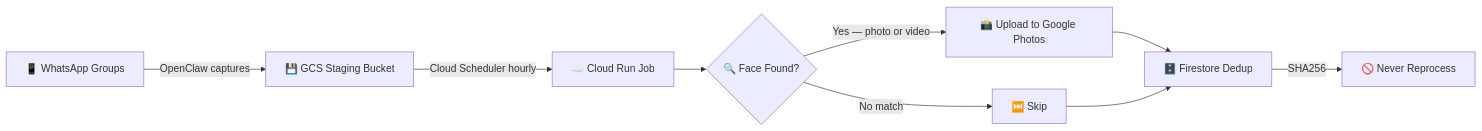
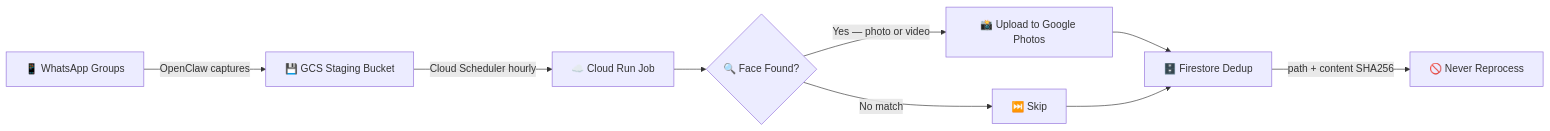
One commit to yhyatt/DMAF changed the diagram in README.md. Above: the diagram before and after it, drawn with Mermaid. The commit also changed other lines of this file and 2 other files, not shown here.

````diff
--- a/README.md
+++ b/README.md
@@ -220,11 +220,11 @@
 ```mermaid
 graph LR
     A[📱 WhatsApp Groups] -->|OpenClaw captures| B[💾 GCS Staging Bucket]
     B -->|Cloud Scheduler hourly| C[☁️ Cloud Run Job]
     C --> D{🔍 Face Found?}
     D -->|Yes — photo or video| E[📸 Upload to Google Photos]
     D -->|No match| F[⏭️ Skip]
     E --> G[🗄️ Firestore Dedup]
     F --> G
-    G -->|SHA256| H[🚫 Never Reprocess]
+    G -->|path + content SHA256| H[🚫 Never Reprocess]
 ```
````
